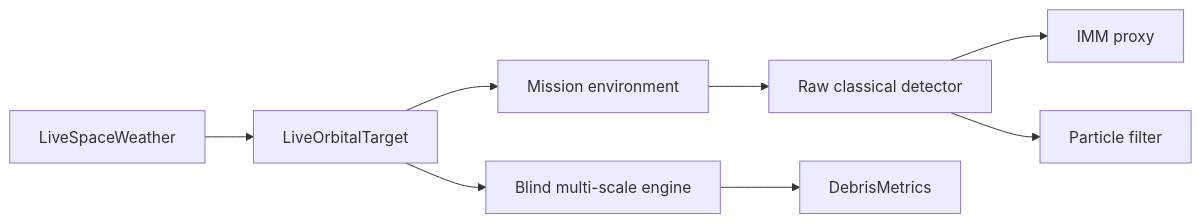
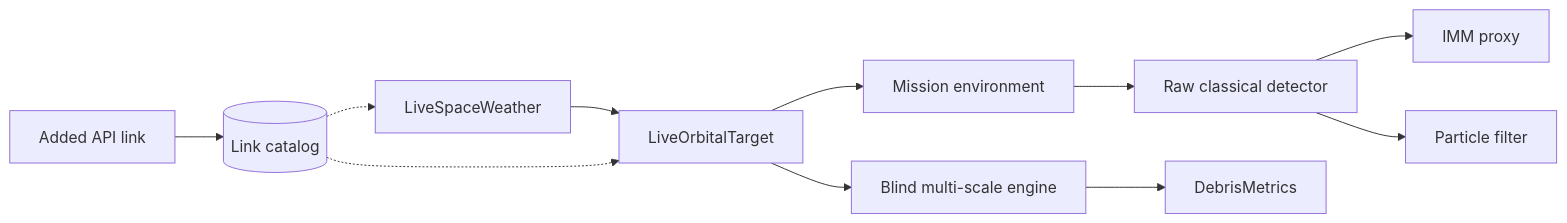
One commit to code4johnm/sinatra_audit changed the second of 3 diagrams in diagrams/README.md. Above: the diagram before and after it, drawn with Mermaid. The commit also changed other lines of this file and 21 other files, not shown here.

````diff
--- a/diagrams/README.md
+++ b/diagrams/README.md
@@ -63,19 +75,24 @@
 ```mermaid
 graph LR
   weather[LiveSpaceWeather]
   target[LiveOrbitalTarget]
   env[Mission environment]
   detector[Raw classical detector]
   imm[IMM proxy]
   pf[Particle filter]
   engine[Blind multi-scale engine]
   metrics[DebrisMetrics]
+  added[Added API link]
+  links[(Link catalog)]
 
   weather --> target
   target --> env
   env --> detector
   detector --> imm
   detector --> pf
   target --> engine
   engine --> metrics
+  added --> links
+  links -.-> weather
+  links -.-> target
 ```
````
